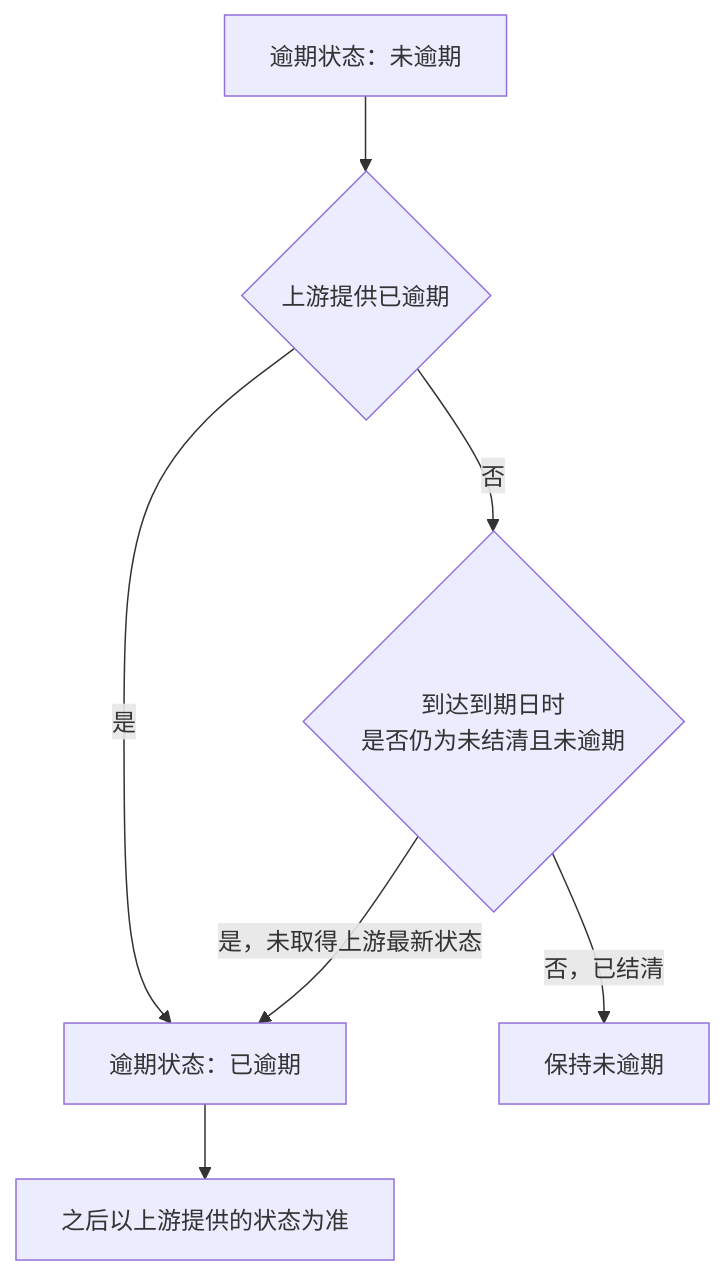
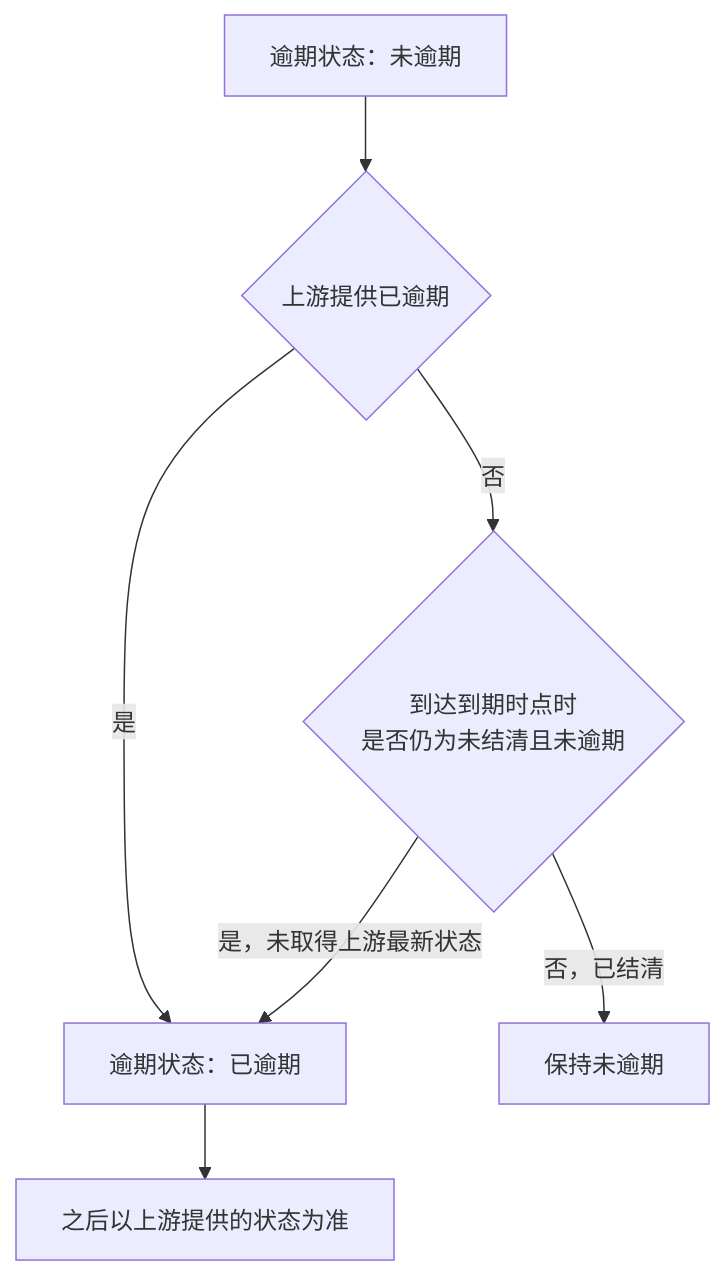
Before and after one commit to wxblockchain/Chain-Financing: the fifth of 7 diagrams in token-issuance-platform/PRD/v1.0-可信资产-流程图与状态机.md, drawn with Mermaid. The commit also changed other lines of this file and 2 other files, not shown here.

````diff
--- a/token-issuance-platform/PRD/v1.0-可信资产-流程图与状态机.md
+++ b/token-issuance-platform/PRD/v1.0-可信资产-流程图与状态机.md
@@ -102,9 +77,9 @@
 ```mermaid
 flowchart TD
     A[逾期状态：未逾期] --> B{上游提供已逾期}
     B -->|是| D[逾期状态：已逾期]
-    B -->|否| C{到达到期日时<br/>是否仍为未结清且未逾期}
+    B -->|否| C{到达到期时点时<br/>是否仍为未结清且未逾期}
     C -->|是，未取得上游最新状态| D
     C -->|否，已结清| E[保持未逾期]
     D --> F[之后以上游提供的状态为准]
 ```
````
